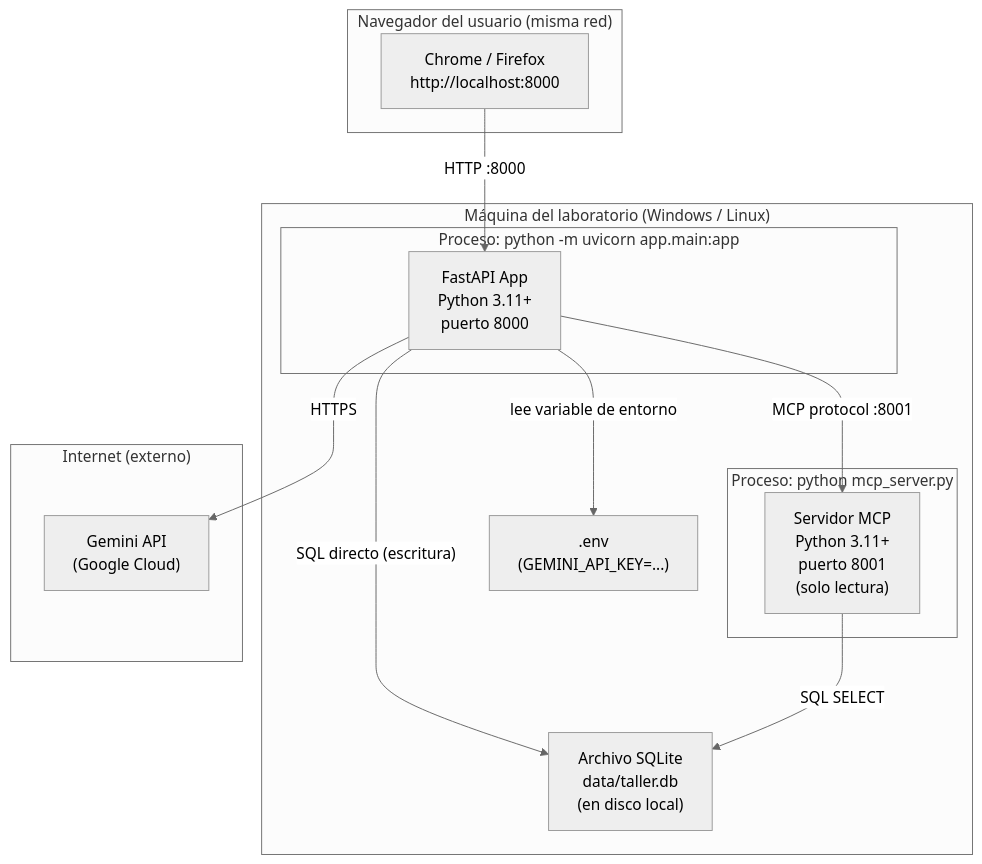
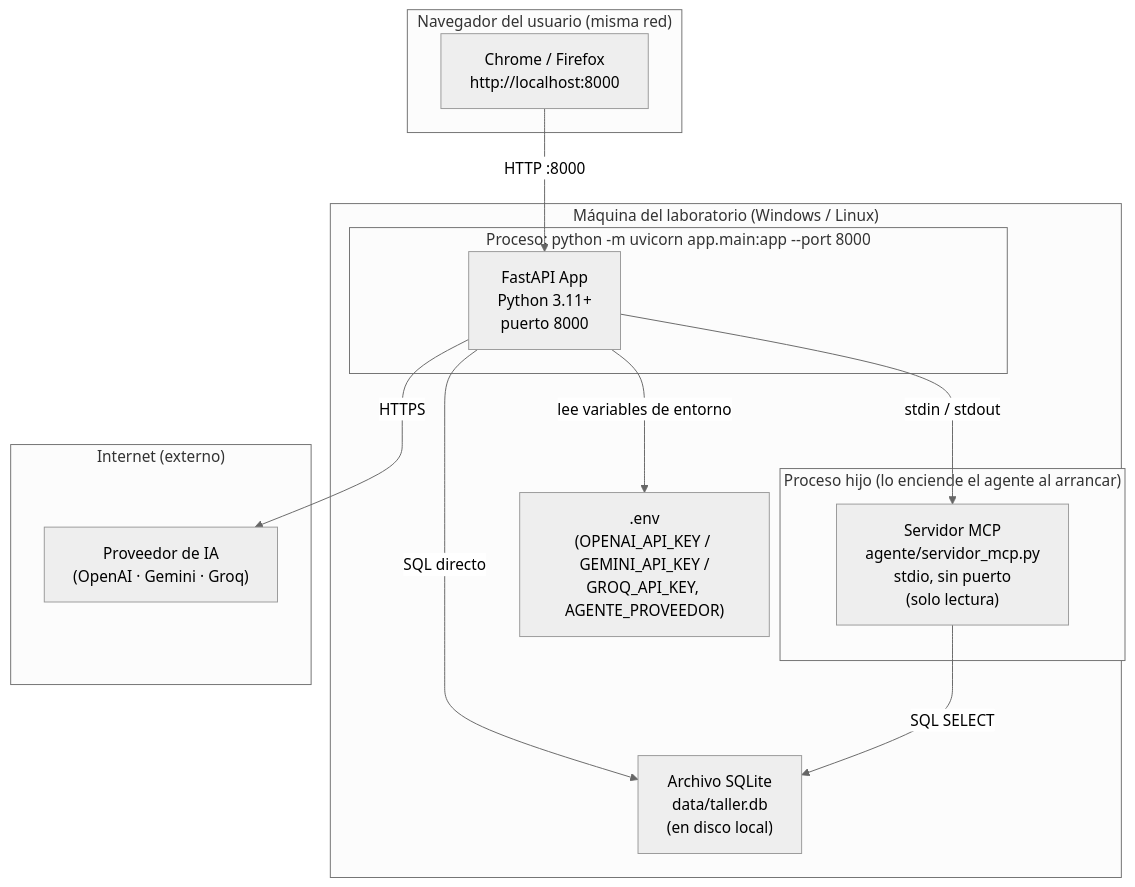
The fifth of 5 diagrams in .kiro/specs/asistente-taller-jorge-motors/design.md (diegocr02/Proyecto-Taller), drawn with Mermaid (neutral theme) before and after one commit. The commit also changed other lines of this file and 9 other files, not shown here.

````diff
--- a/.kiro/specs/asistente-taller-jorge-motors/design.md
+++ b/.kiro/specs/asistente-taller-jorge-motors/design.md
@@ -166,31 +177,31 @@
 ```mermaid
 flowchart TD
     subgraph Lab["Máquina del laboratorio (Windows / Linux)"]
-        subgraph ProcFastAPI["Proceso: python -m uvicorn app.main:app"]
+        subgraph ProcFastAPI["Proceso: python -m uvicorn app.main:app --port 8000"]
             FastAPI["FastAPI App\nPython 3.11+\npuerto 8000"]
         end
 
-        subgraph ProcMCP["Proceso: python mcp_server.py"]
-            MCP["Servidor MCP\nPython 3.11+\npuerto 8001\n(solo lectura)"]
+        subgraph ProcMCP["Proceso hijo (lo enciende el agente al arrancar)"]
+            MCP["Servidor MCP\nagente/servidor_mcp.py\nstdio, sin puerto\n(solo lectura)"]
         end
 
         DB["Archivo SQLite\ndata/taller.db\n(en disco local)"]
 
-        EnvFile[".env\n(GEMINI_API_KEY=...)"]
+        EnvFile[".env\n(OPENAI_API_KEY / GEMINI_API_KEY /\nGROQ_API_KEY, AGENTE_PROVEEDOR)"]
     end
 
     subgraph ClienteLab["Navegador del usuario (misma red)"]
         Browser["Chrome / Firefox\nhttp://localhost:8000"]
     end
 
     subgraph Cloud["Internet (externo)"]
-        Gemini["Gemini API\n(Google Cloud)"]
+        IA["Proveedor de IA\n(OpenAI · Gemini · Groq)"]
     end
 
     Browser -- "HTTP :8000" --> FastAPI
-    FastAPI -- "lee variable de entorno" --> EnvFile
-    FastAPI -- "SQL directo (escritura)" --> DB
-    FastAPI -- "MCP protocol :8001" --> MCP
+    FastAPI -- "lee variables de entorno" --> EnvFile
+    FastAPI -- "SQL directo" --> DB
+    FastAPI -- "stdin / stdout" --> MCP
     MCP -- "SQL SELECT" --> DB
-    FastAPI -- "HTTPS" --> Gemini
+    FastAPI -- "HTTPS" --> IA
 ```
````
